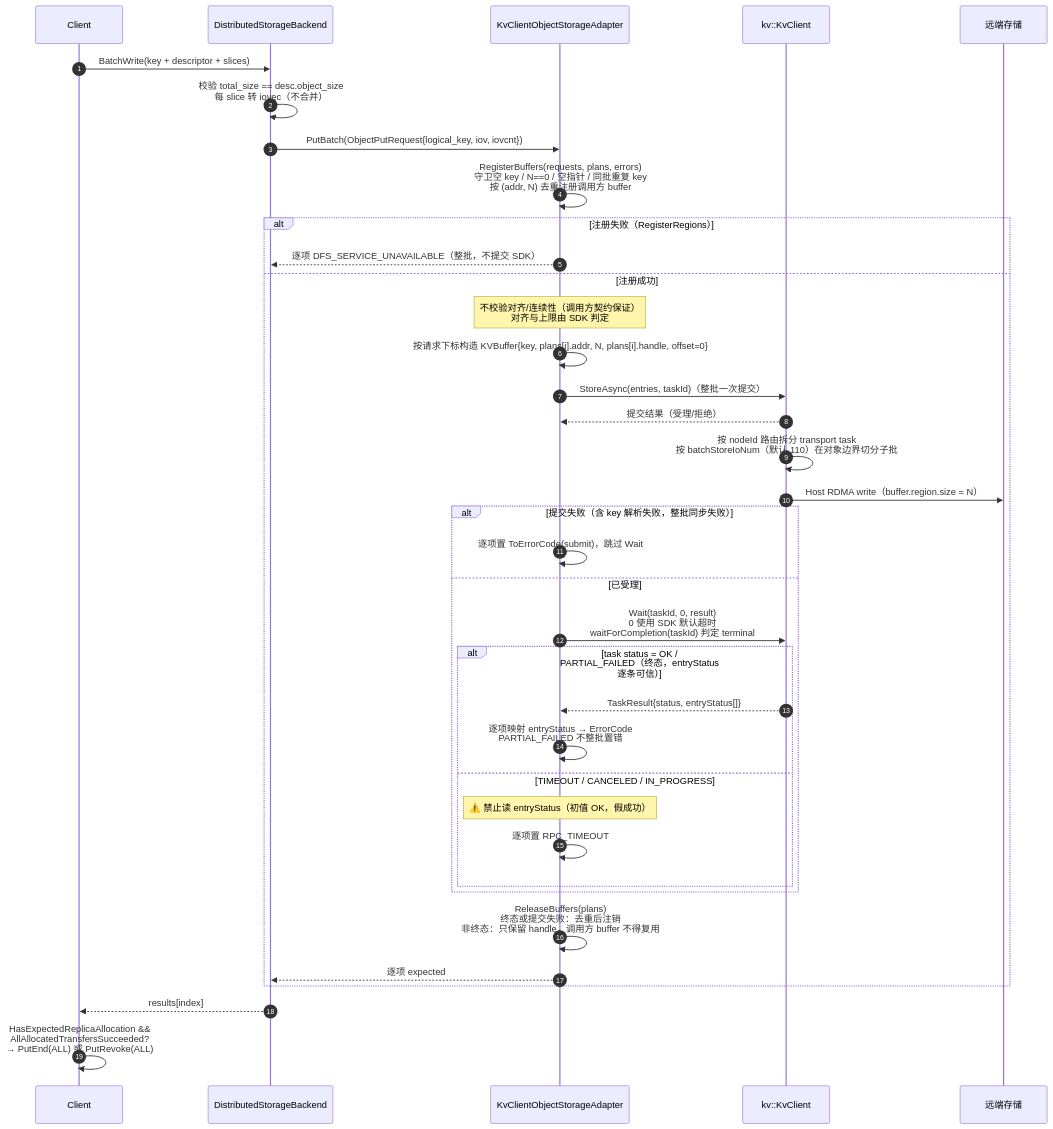
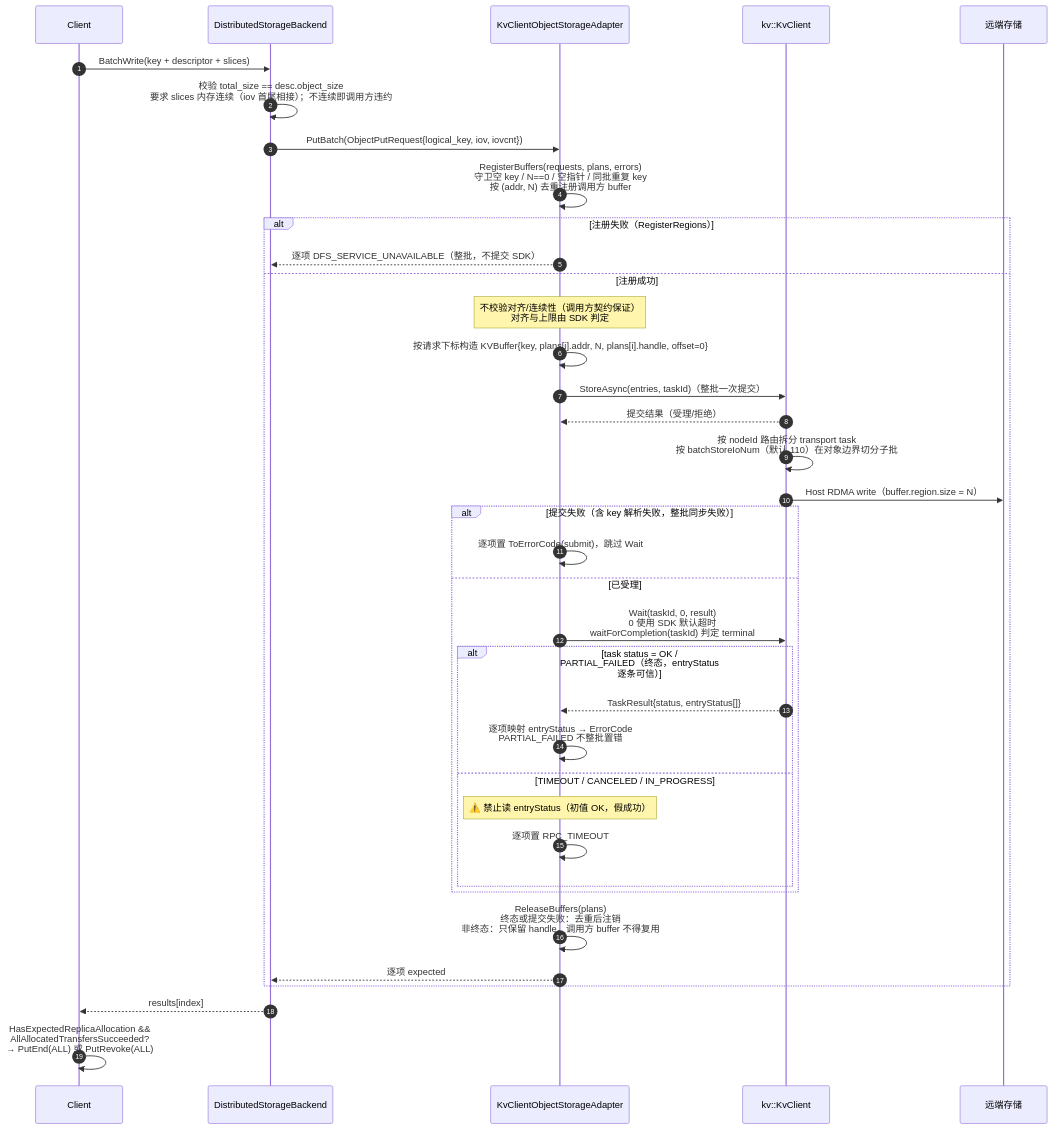
One commit to zwj20000328-dotcom/Mooncake-documents changed the ninth of 13 diagrams in Mooncake + KVClient L3 接入（Kvcs）- v3.md. Above: the diagram before and after it, drawn with Mermaid. The commit also changed other lines of this file, not shown here.

````diff
--- a/Mooncake + KVClient L3 接入（Kvcs）- v3.md
+++ b/Mooncake + KVClient L3 接入（Kvcs）- v3.md
@@ -599,40 +599,40 @@
 ```mermaid
 sequenceDiagram
     autonumber
     participant C as Client
     participant BE as DistributedStorageBackend
     participant AD as KvClientObjectStorageAdapter
     participant SDK as kv::KvClient
     participant S as 远端存储
 
     C->>BE: BatchWrite(key + descriptor + slices)
-    BE->>BE: 校验 total_size == desc.object_size<br/>每 slice 转 iovec（不合并）
+    BE->>BE: 校验 total_size == desc.object_size<br/>要求 slices 内存连续（iov 首尾相接）；不连续即调用方违约
     BE->>AD: PutBatch(ObjectPutRequest{logical_key, iov, iovcnt})
     AD->>AD: RegisterBuffers(requests, plans, errors)<br/>守卫空 key / N==0 / 空指针 / 同批重复 key<br/>按 (addr, N) 去重注册调用方 buffer
     alt 注册失败（RegisterRegions）
         AD-->>BE: 逐项 DFS_SERVICE_UNAVAILABLE（整批，不提交 SDK）
     else 注册成功
         Note over AD: 不校验对齐/连续性（调用方契约保证）<br/>对齐与上限由 SDK 判定
         AD->>AD: 按请求下标构造 KVBuffer{key, plans[i].addr, N, plans[i].handle, offset=0}
         AD->>SDK: StoreAsync(entries, taskId)（整批一次提交）
         SDK-->>AD: 提交结果（受理/拒绝）
         SDK->>SDK: 按 nodeId 路由拆分 transport task<br/>按 batchStoreIoNum（默认 110）在对象边界切分子批
         SDK->>S: Host RDMA write（buffer.region.size = N）
         alt 提交失败（含 key 解析失败，整批同步失败）
             AD->>AD: 逐项置 ToErrorCode(submit)，跳过 Wait
         else 已受理
             AD->>SDK: Wait(taskId, 0, result)<br/>0 使用 SDK 默认超时<br/>waitForCompletion(taskId) 判定 terminal
             alt task status = OK / PARTIAL_FAILED（终态，entryStatus 逐条可信）
                 SDK-->>AD: TaskResult{status, entryStatus[]}
                 AD->>AD: 逐项映射 entryStatus → ErrorCode<br/>PARTIAL_FAILED 不整批置错
             else TIMEOUT / CANCELED / IN_PROGRESS
                 Note over AD: ⚠️ 禁止读 entryStatus（初值 OK，假成功）
                 AD->>AD: 逐项置 RPC_TIMEOUT
             end
         end
         AD->>AD: ReleaseBuffers(plans)<br/>终态或提交失败：去重后注销<br/>非终态：只保留 handle，调用方 buffer 不得复用
         AD-->>BE: 逐项 expected
     end
     BE-->>C: results[index]
     C->>C: HasExpectedReplicaAllocation &&<br/>AllAllocatedTransfersSucceeded?<br/>→ PutEnd(ALL) 或 PutRevoke(ALL)
 ```
````
